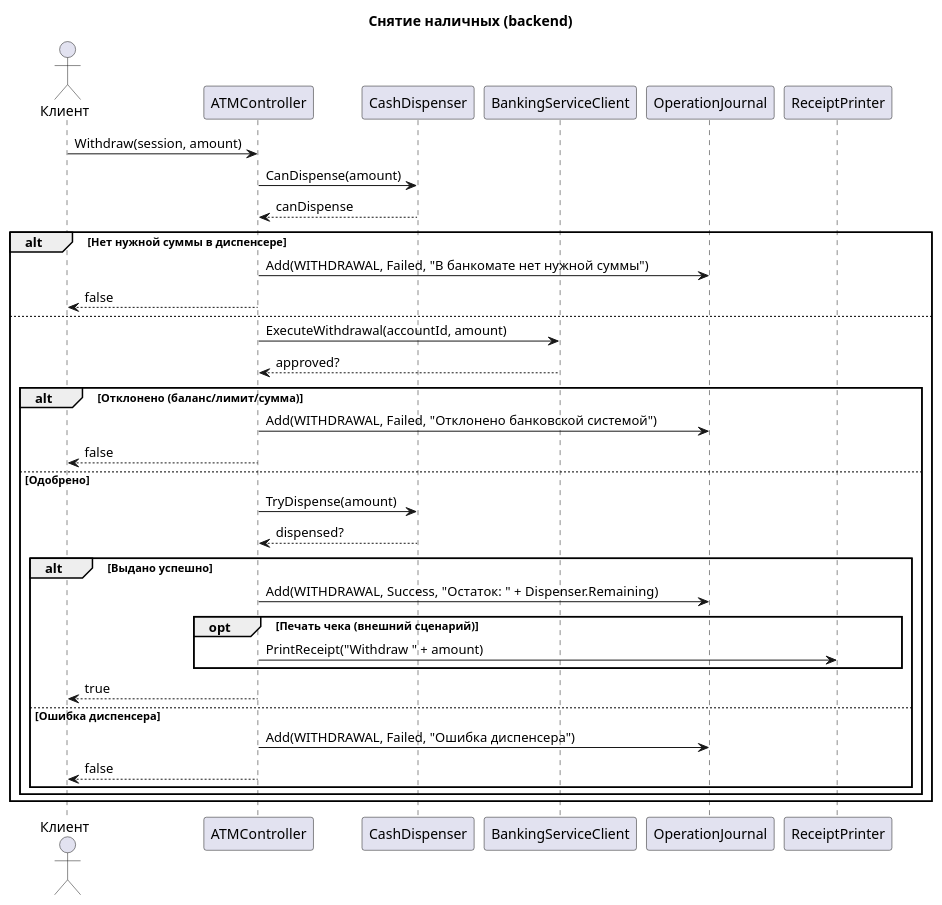
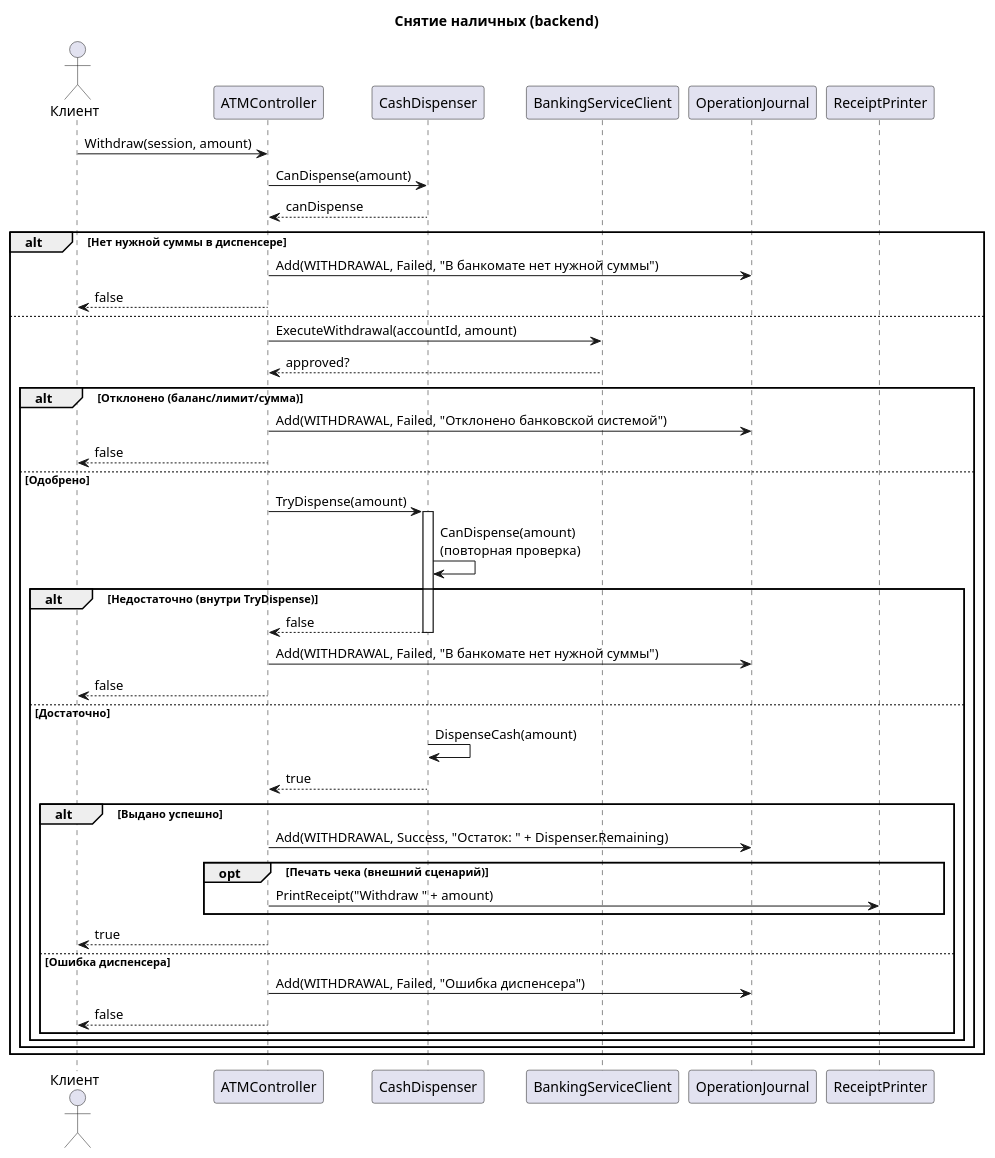
The diagram in Прецеденты/Снять наличные/sequence_diagram.puml (penamarth/bsbo-16-23_team5_var1_atm), drawn with PlantUML before and after one commit. The commit also changed 7 other files, not shown here.

```diff
--- a/Прецеденты/Снять наличные/sequence_diagram.puml
+++ b/Прецеденты/Снять наличные/sequence_diagram.puml
@@ -1,40 +1,51 @@
 @startuml
 title Снятие наличных (backend)
 actor Клиент as Client
 participant ATMController as Controller
 participant CashDispenser as Dispenser
 participant BankingServiceClient as Banking
 participant OperationJournal as Journal
 participant ReceiptPrinter as Printer
 
 Client -> Controller: Withdraw(session, amount)
 Controller -> Dispenser: CanDispense(amount)
 Dispenser --> Controller: canDispense
 
 alt Нет нужной суммы в диспенсере
     Controller -> Journal: Add(WITHDRAWAL, Failed, "В банкомате нет нужной суммы")
     Controller --> Client: false
 else
     Controller -> Banking: ExecuteWithdrawal(accountId, amount)
     Banking --> Controller: approved?
 
     alt Отклонено (баланс/лимит/сумма)
         Controller -> Journal: Add(WITHDRAWAL, Failed, "Отклонено банковской системой")
         Controller --> Client: false
     else Одобрено
         Controller -> Dispenser: TryDispense(amount)
-        Dispenser --> Controller: dispensed?
+        activate Dispenser
+        Dispenser -> Dispenser: CanDispense(amount)\n(повторная проверка)
+        alt Недостаточно (внутри TryDispense)
+            Dispenser --> Controller: false
+            deactivate Dispenser
+            Controller -> Journal: Add(WITHDRAWAL, Failed, "В банкомате нет нужной суммы")
+            Controller --> Client: false
+        else Достаточно
+            Dispenser -> Dispenser: DispenseCash(amount)
+            Dispenser --> Controller: true
+            deactivate Dispenser
 
-        alt Выдано успешно
-            Controller -> Journal: Add(WITHDRAWAL, Success, "Остаток: " + Dispenser.Remaining)
-            opt Печать чека (внешний сценарий)
-                Controller -> Printer: PrintReceipt("Withdraw " + amount)
+            alt Выдано успешно
+                Controller -> Journal: Add(WITHDRAWAL, Success, "Остаток: " + Dispenser.Remaining)
+                opt Печать чека (внешний сценарий)
+                    Controller -> Printer: PrintReceipt("Withdraw " + amount)
+                end
+                Controller --> Client: true
+            else Ошибка диспенсера
+                Controller -> Journal: Add(WITHDRAWAL, Failed, "Ошибка диспенсера")
+                Controller --> Client: false
             end
-            Controller --> Client: true
-        else Ошибка диспенсера
-            Controller -> Journal: Add(WITHDRAWAL, Failed, "Ошибка диспенсера")
-            Controller --> Client: false
         end
     end
 end
 @enduml
```
